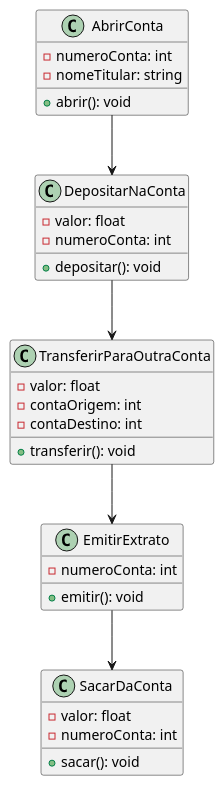
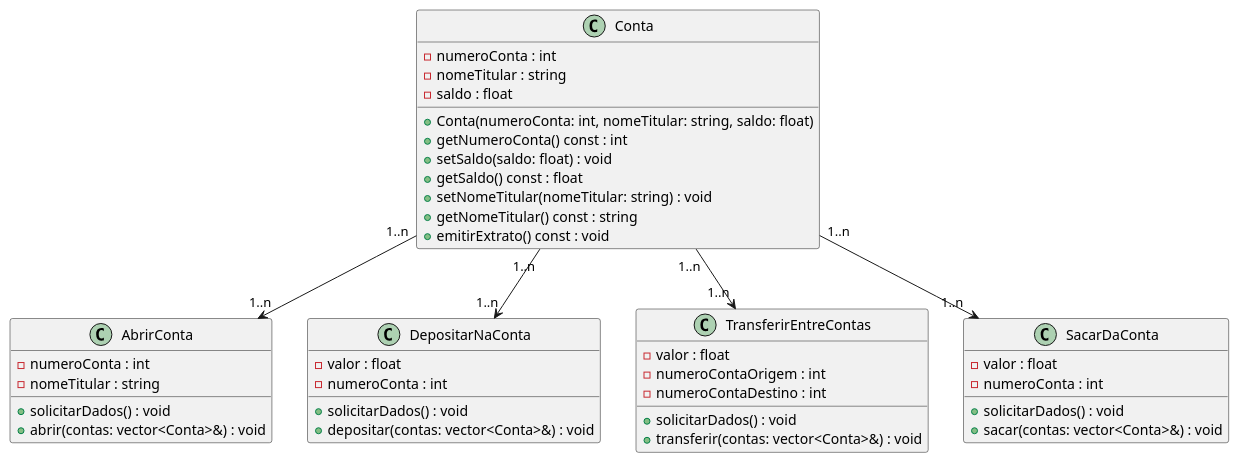
One commit to RomuloAs321/Banco changed the diagram in classesBanco.plantuml. Above: the diagram before and after it, drawn with PlantUML.

```diff
--- a/classesBanco.plantuml
+++ b/classesBanco.plantuml
@@ -1,39 +1,50 @@
 @startuml name
-
+class Conta {
+    - numeroConta : int
+    - nomeTitular : string
+    - saldo : float
+    + Conta(numeroConta: int, nomeTitular: string, saldo: float)
+    + getNumeroConta() const : int
+    + setSaldo(saldo: float) : void
+    + getSaldo() const : float
+    + setNomeTitular(nomeTitular: string) : void
+    + getNomeTitular() const : string
+    + emitirExtrato() const : void
+}
 
 class AbrirConta {
-    - numeroConta: int
-    - nomeTitular: string
-    + abrir(): void
+    - numeroConta : int
+    - nomeTitular : string
+    + solicitarDados() : void
+    + abrir(contas: vector<Conta>&) : void
 }
 
 class DepositarNaConta {
-    - valor: float
-    - numeroConta: int
-    + depositar(): void
+    - valor : float
+    - numeroConta : int
+    + solicitarDados() : void
+    + depositar(contas: vector<Conta>&) : void
 }
 
-class TransferirParaOutraConta {
-    - valor: float
-    - contaOrigem: int
-    - contaDestino: int
-    + transferir(): void
-}
-
-class EmitirExtrato {
-    - numeroConta: int
-    + emitir(): void
+class TransferirEntreContas {
+    - valor : float
+    - numeroContaOrigem : int
+    - numeroContaDestino : int
+    + solicitarDados() : void
+    + transferir(contas: vector<Conta>&) : void
 }
 
 class SacarDaConta {
-    - valor: float
-    - numeroConta: int
-    + sacar(): void
+    - valor : float
+    - numeroConta : int
+    + solicitarDados() : void
+    + sacar(contas: vector<Conta>&) : void
 }
 
-AbrirConta --> DepositarNaConta
-DepositarNaConta --> TransferirParaOutraConta
-TransferirParaOutraConta --> EmitirExtrato
-EmitirExtrato --> SacarDaConta
+
+Conta "1..n" --> "1..n" AbrirConta
+Conta "1..n" --> "1..n" DepositarNaConta
+Conta "1..n" --> "1..n" TransferirEntreContas
+Conta "1..n" --> "1..n" SacarDaConta
 
 @enduml
```
